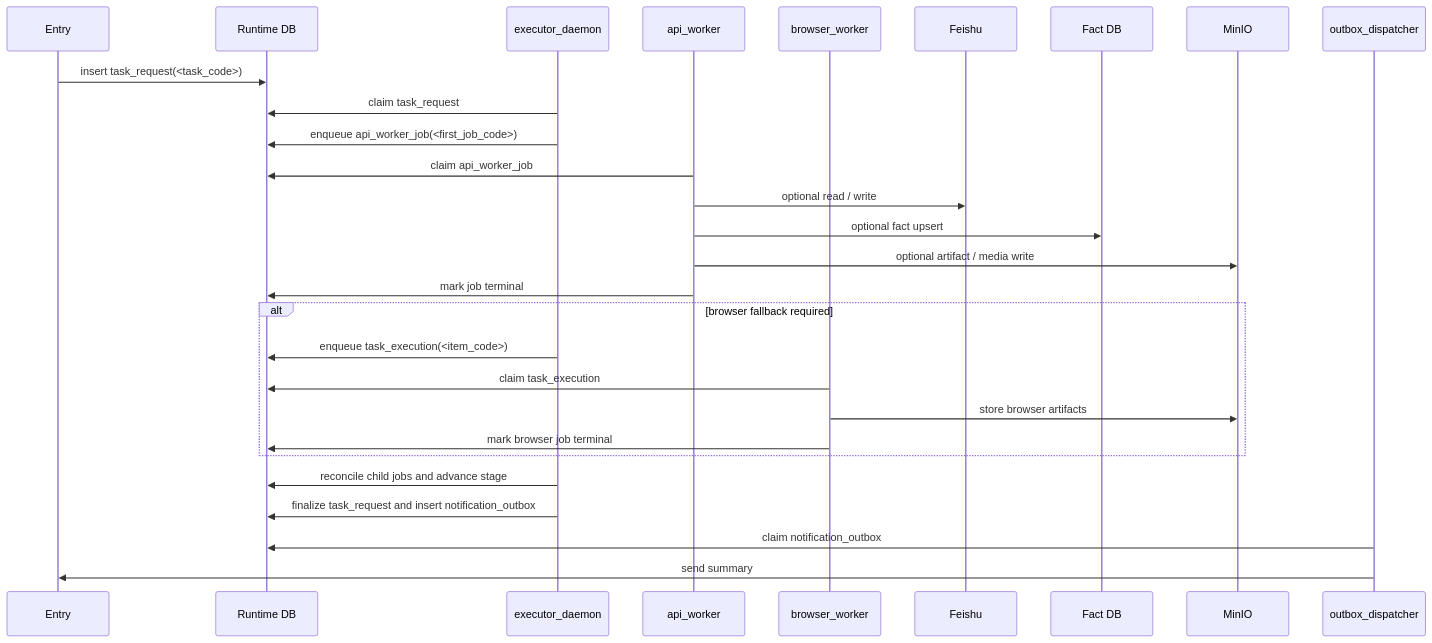
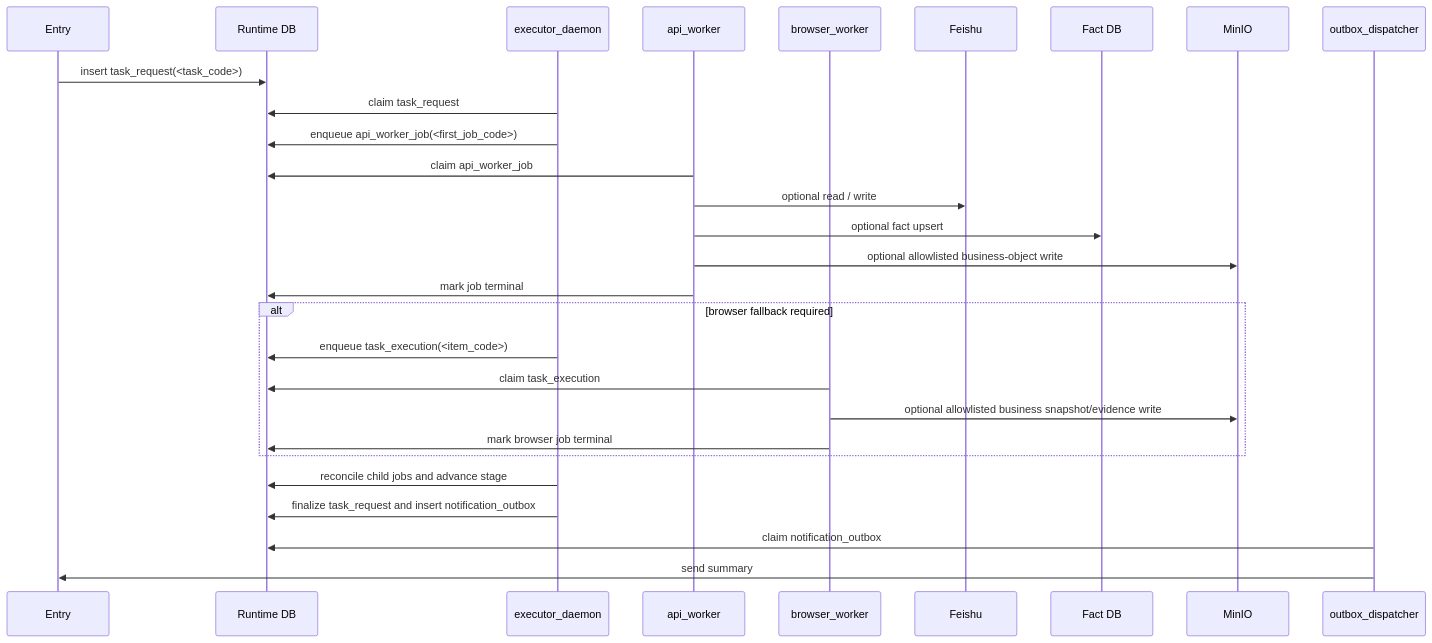
One commit to knighterrantsky/mujitask changed the second of 2 diagrams in docs/arch/workflow-design-guidelines.md. Above: the diagram before and after it, drawn with Mermaid. The commit also changed other lines of this file and 71 other files, not shown here.

Commit message:
feat: enforce durable business object storage

````diff
--- a/docs/arch/workflow-design-guidelines.md
+++ b/docs/arch/workflow-design-guidelines.md
@@ -416,31 +416,31 @@
 ```mermaid
 sequenceDiagram
     participant Entry as Entry
     participant DB as Runtime DB
     participant Exec as executor_daemon
     participant API as api_worker
     participant Browser as browser_worker
     participant Feishu as Feishu
     participant Fact as Fact DB
     participant Obj as MinIO
     participant Outbox as outbox_dispatcher
 
     Entry->>DB: insert task_request(<task_code>)
     Exec->>DB: claim task_request
     Exec->>DB: enqueue api_worker_job(<first_job_code>)
     API->>DB: claim api_worker_job
     API->>Feishu: optional read / write
     API->>Fact: optional fact upsert
-    API->>Obj: optional artifact / media write
+    API->>Obj: optional allowlisted business-object write
     API->>DB: mark job terminal
     alt browser fallback required
         Exec->>DB: enqueue task_execution(<item_code>)
         Browser->>DB: claim task_execution
-        Browser->>Obj: store browser artifacts
+        Browser->>Obj: optional allowlisted business snapshot/evidence write
         Browser->>DB: mark browser job terminal
     end
     Exec->>DB: reconcile child jobs and advance stage
     Exec->>DB: finalize task_request and insert notification_outbox
     Outbox->>DB: claim notification_outbox
     Outbox->>Entry: send summary
 ```
````
